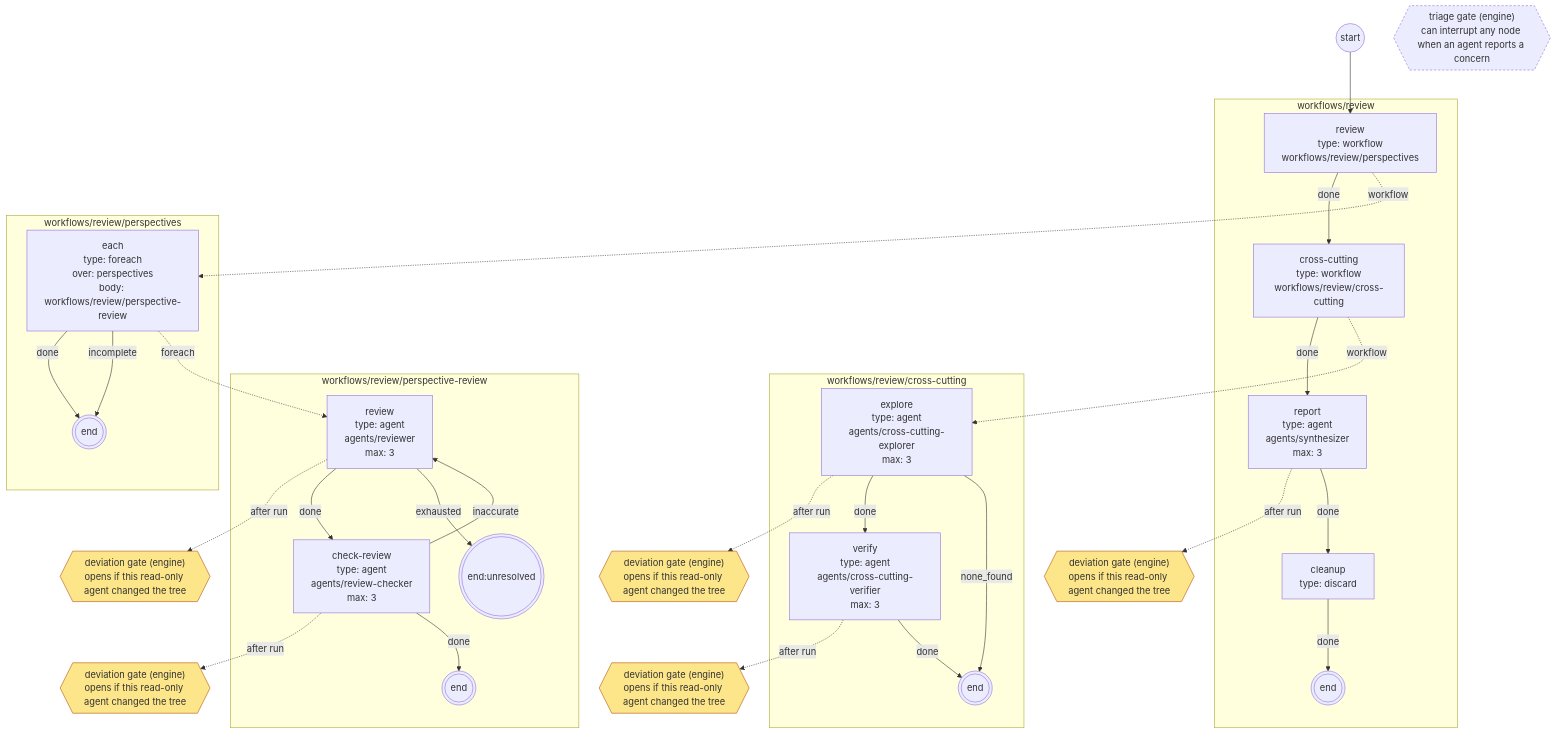
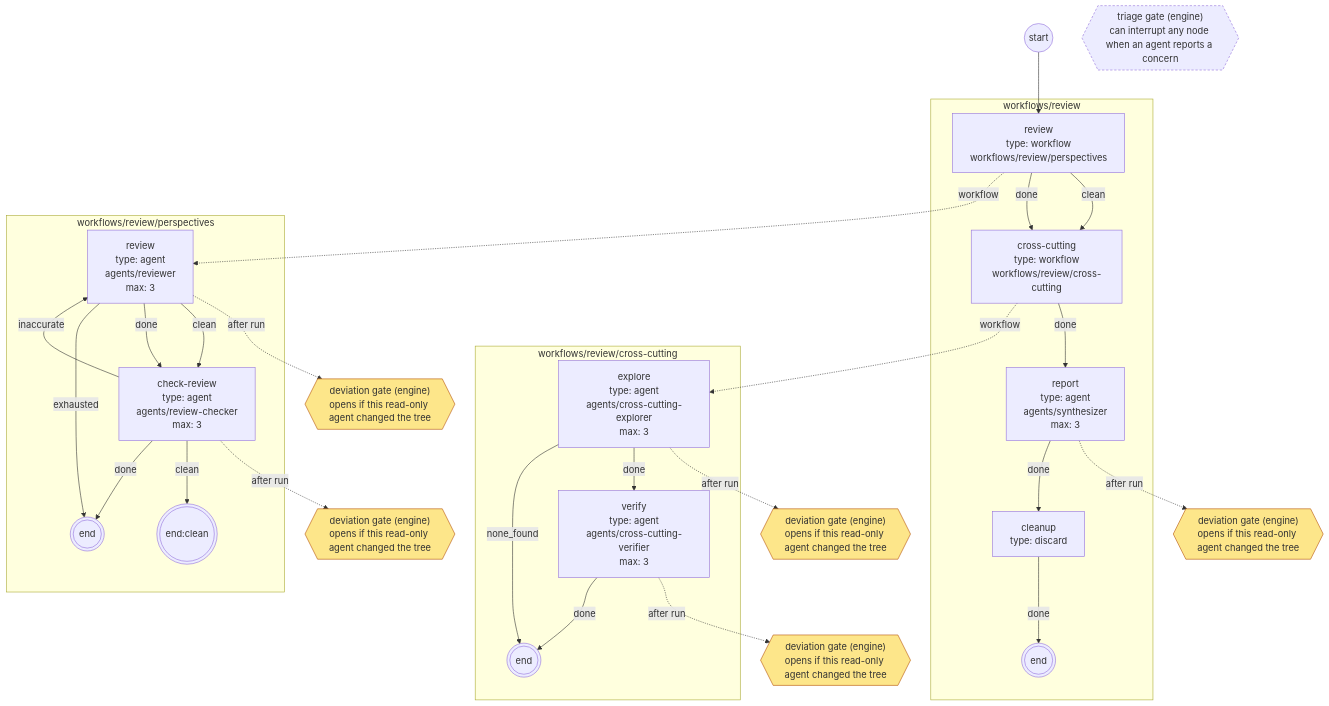
One commit to TadahiroYamamura/masuda changed the second of 2 diagrams in docs/user/workflows.md. Above: the diagram before and after it, drawn with Mermaid. The commit also changed other lines of this file and 3 other files, not shown here.

````diff
--- a/docs/user/workflows.md
+++ b/docs/user/workflows.md
@@ -296,57 +305,53 @@
 ```mermaid
 %% workflows/review
 flowchart TD
   entry((start)) --> w0_review
   subgraph w0_graph["workflows/review"]
     w0_review["review<br/>type: workflow<br/>workflows/review/perspectives"]
     w0_cross_cutting["cross-cutting<br/>type: workflow<br/>workflows/review/cross-cutting"]
     w0_report["report<br/>type: agent<br/>agents/synthesizer<br/>max: 3"]
     w0_cleanup["cleanup<br/>type: discard"]
     w0_end_done((("end")))
   end
+  w0_review -->|"clean"| w0_cross_cutting
   w0_review -->|"done"| w0_cross_cutting
-  w0_review -. "workflow" .-> w3_each
+  w0_review -. "workflow" .-> w2_review
   w0_cross_cutting -->|"done"| w0_report
   w0_cross_cutting -. "workflow" .-> w1_explore
   w0_report -. "after run" .-> w0_report_deviation{{"deviation gate (engine)<br/>opens if this read-only agent changed the tree"}}
   w0_report -->|"done"| w0_cleanup
   w0_cleanup -->|"done"| w0_end_done
   subgraph w1_graph["workflows/review/cross-cutting"]
     w1_explore["explore<br/>type: agent<br/>agents/cross-cutting-explorer<br/>max: 3"]
     w1_verify["verify<br/>type: agent<br/>agents/cross-cutting-verifier<br/>max: 3"]
     w1_end_done((("end")))
   end
   w1_explore -. "after run" .-> w1_explore_deviation{{"deviation gate (engine)<br/>opens if this read-only agent changed the tree"}}
   w1_explore -->|"done"| w1_verify
   w1_explore -->|"none_found"| w1_end_done
   w1_verify -. "after run" .-> w1_verify_deviation{{"deviation gate (engine)<br/>opens if this read-only agent changed the tree"}}
   w1_verify -->|"done"| w1_end_done
-  subgraph w2_graph["workflows/review/perspective-review"]
+  subgraph w2_graph["workflows/review/perspectives"]
     w2_review["review<br/>type: agent<br/>agents/reviewer<br/>max: 3"]
     w2_check_review["check-review<br/>type: agent<br/>agents/review-checker<br/>max: 3"]
+    w2_end_clean((("end:clean")))
     w2_end_done((("end")))
-    w2_end_unresolved((("end:unresolved")))
   end
   w2_review -. "after run" .-> w2_review_deviation{{"deviation gate (engine)<br/>opens if this read-only agent changed the tree"}}
+  w2_review -->|"clean"| w2_check_review
   w2_review -->|"done"| w2_check_review
-  w2_review -->|"exhausted"| w2_end_unresolved
+  w2_review -->|"exhausted"| w2_end_done
   w2_check_review -. "after run" .-> w2_check_review_deviation{{"deviation gate (engine)<br/>opens if this read-only agent changed the tree"}}
+  w2_check_review -->|"clean"| w2_end_clean
   w2_check_review -->|"done"| w2_end_done
   w2_check_review -->|"inaccurate"| w2_review
-  subgraph w3_graph["workflows/review/perspectives"]
-    w3_each["each<br/>type: foreach<br/>over: perspectives<br/>body: workflows/review/perspective-review"]
-    w3_end_done((("end")))
-  end
-  w3_each -->|"done"| w3_end_done
-  w3_each -->|"incomplete"| w3_end_done
-  w3_each -. "foreach" .-> w2_review
   triage{{"triage gate (engine)<br/>can interrupt any node when an agent reports a concern"}}
   classDef human fill:#fde68a,stroke:#b45309
   classDef engine stroke-dasharray: 4 3
   class w0_report_deviation human
   class w1_explore_deviation human
   class w1_verify_deviation human
   class w2_review_deviation human
   class w2_check_review_deviation human
   class triage engine
 ```
````
